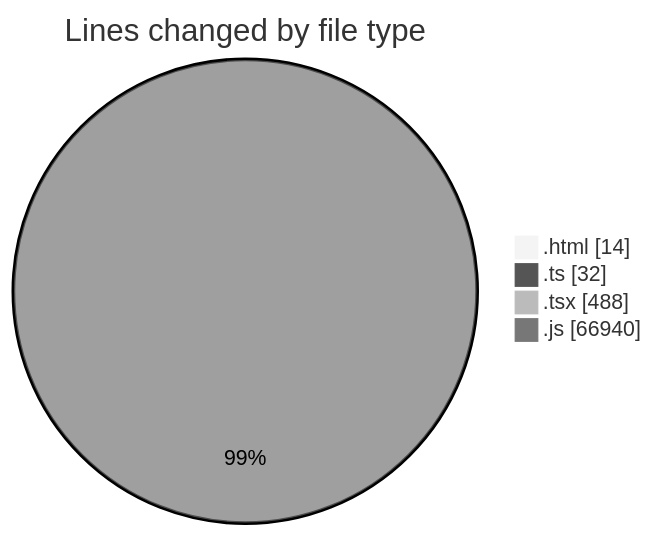
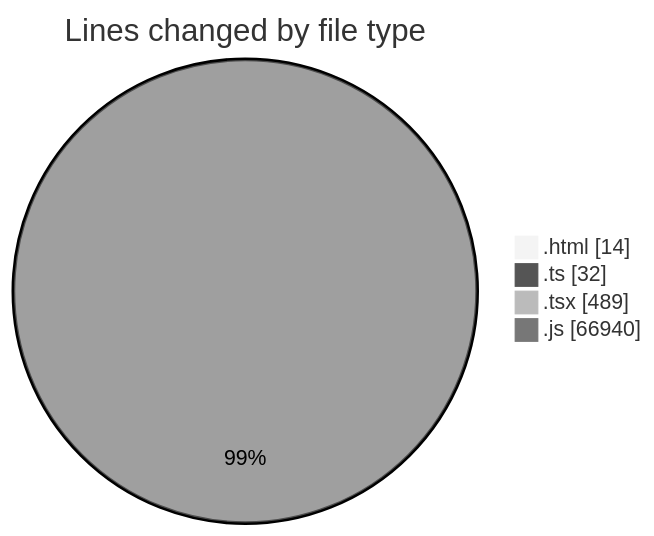
One commit to donsfak/code-tracking changed the first of 2 diagrams in 2025-02-06/portofolio/README.md. Above: the diagram before and after it, drawn with Mermaid (neutral theme). The commit also changed other lines of this file and 1 other file, not shown here.

````diff
--- a/2025-02-06/portofolio/README.md
+++ b/2025-02-06/portofolio/README.md
@@ -23,8 +23,8 @@
 ```mermaid
 pie showData
 title Lines changed by file type
 ".html" : 14
 ".ts" : 32
-".tsx" : 488
+".tsx" : 489
 ".js" : 66940
 ```
````
